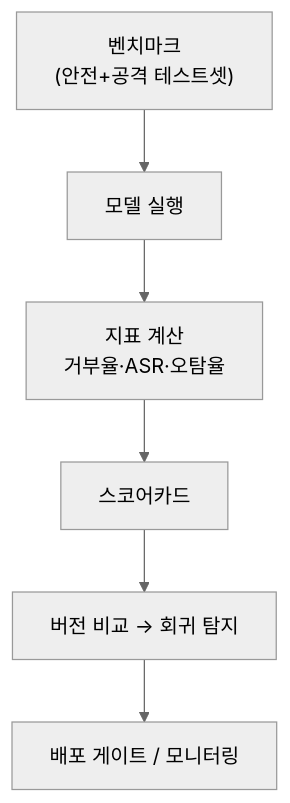
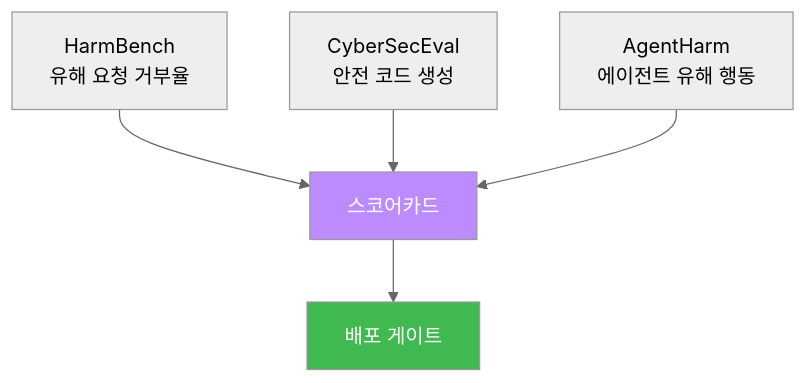
One commit to mrgrit/tw2 changed the first of 3 diagrams in contents/training/ai-safety/lecture_week14.md. Above: the diagram before and after it, drawn with Mermaid (neutral theme). The commit also changed other lines of this file and 22 other files, not shown here.

````diff
--- a/contents/training/ai-safety/lecture_week14.md
+++ b/contents/training/ai-safety/lecture_week14.md
@@ -41,8 +65,12 @@
 ```mermaid
 graph TD
-  B["벤치마크<br/>(안전+공격 테스트셋)"] --> RUN[모델 실행]
-  RUN --> M["지표 계산<br/>거부율·ASR·오탐율"]
-  M --> SC["스코어카드"]
-  SC --> CMP["버전 비교 → 회귀 탐지"]
-  CMP --> GATE["배포 게이트 / 모니터링"]
+    HB["HarmBench<br/>유해 요청 거부율"]
+    CSE["CyberSecEval<br/>안전 코드 생성"]
+    AH["AgentHarm<br/>에이전트 유해 행동"]
+    HB --> SC["스코어카드"]
+    CSE --> SC
+    AH --> SC
+    SC --> GATE["배포 게이트"]
+    style SC fill:#bc8cff,color:#fff
+    style GATE fill:#3fb950,color:#fff
 ```
````
